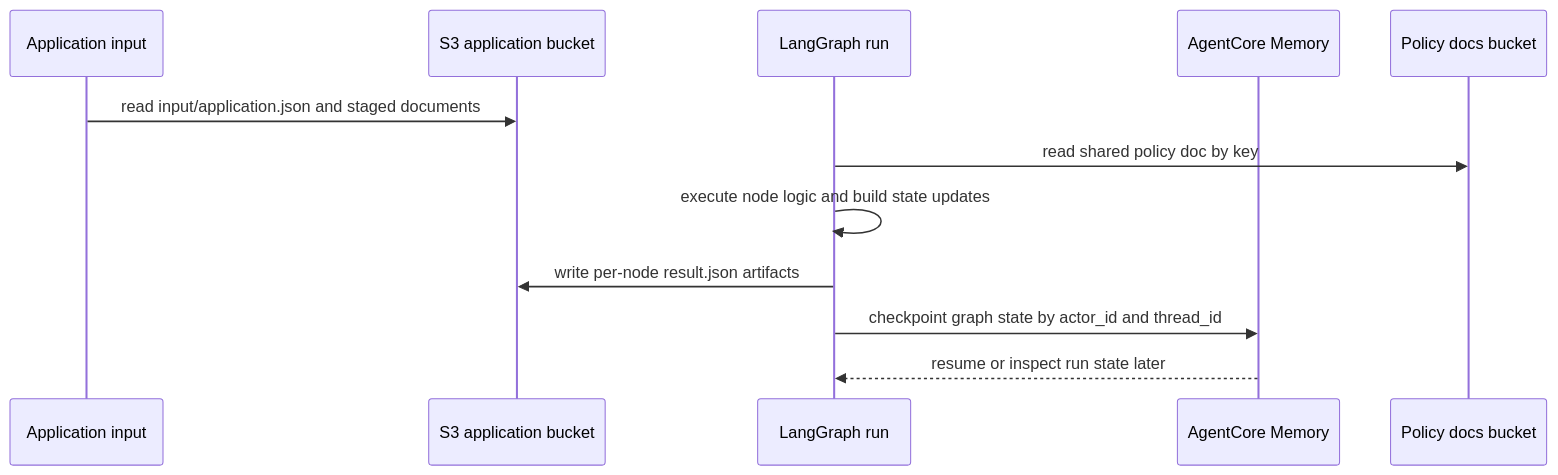
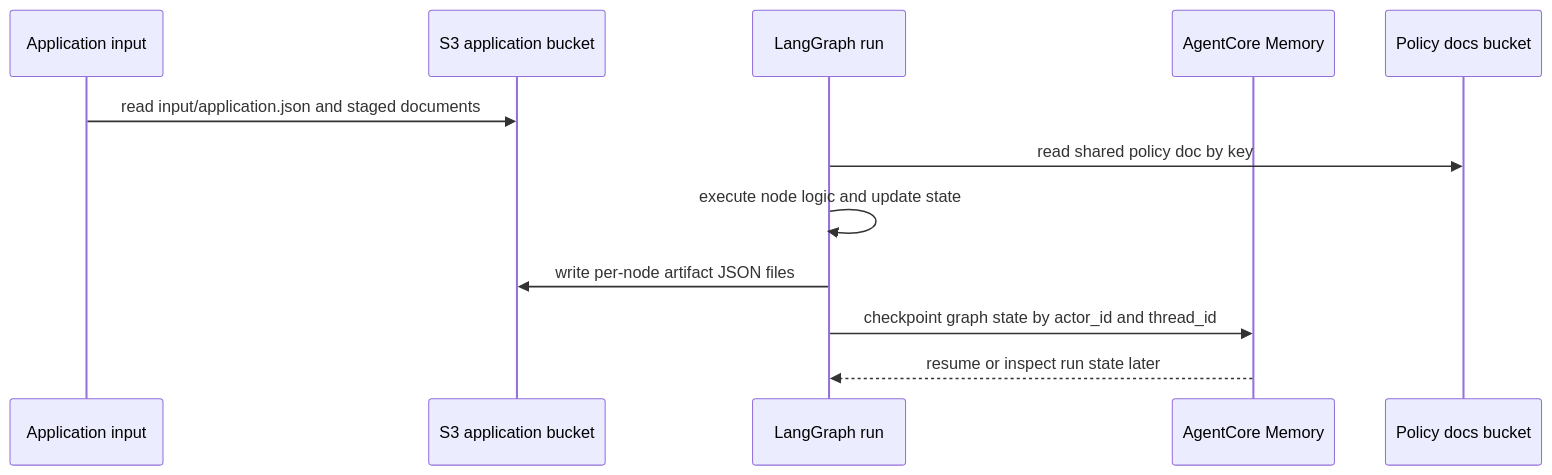
One commit to stevejgoodman/fionaa-aws changed the diagram in openwiki/concepts/persistence-and-artifacts.md. Above: the diagram before and after it, drawn with Mermaid. The commit also changed other lines of this file and 37 other files, not shown here.

Commit message:
Add PASF/PADE readiness-triage assessment, architecture docs, and refreshed OpenWiki

````diff
--- a/openwiki/concepts/persistence-and-artifacts.md
+++ b/openwiki/concepts/persistence-and-artifacts.md
@@ -106,15 +166,15 @@
 ```mermaid
 sequenceDiagram
     participant App as Application input
     participant Store as S3 application bucket
     participant Graph as LangGraph run
     participant Mem as AgentCore Memory
     participant Policy as Policy docs bucket
 
     App->>Store: read input/application.json and staged documents
     Graph->>Policy: read shared policy doc by key
-    Graph->>Graph: execute node logic and build state updates
-    Graph->>Store: write per-node result.json artifacts
+    Graph->>Graph: execute node logic and update state
+    Graph->>Store: write per-node artifact JSON files
     Graph->>Mem: checkpoint graph state by actor_id and thread_id
     Mem-->>Graph: resume or inspect run state later
 ```
````
